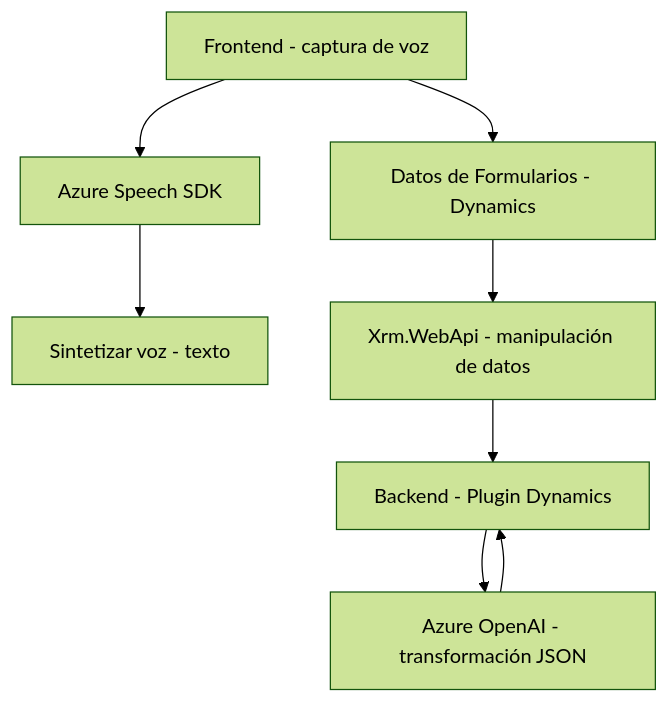
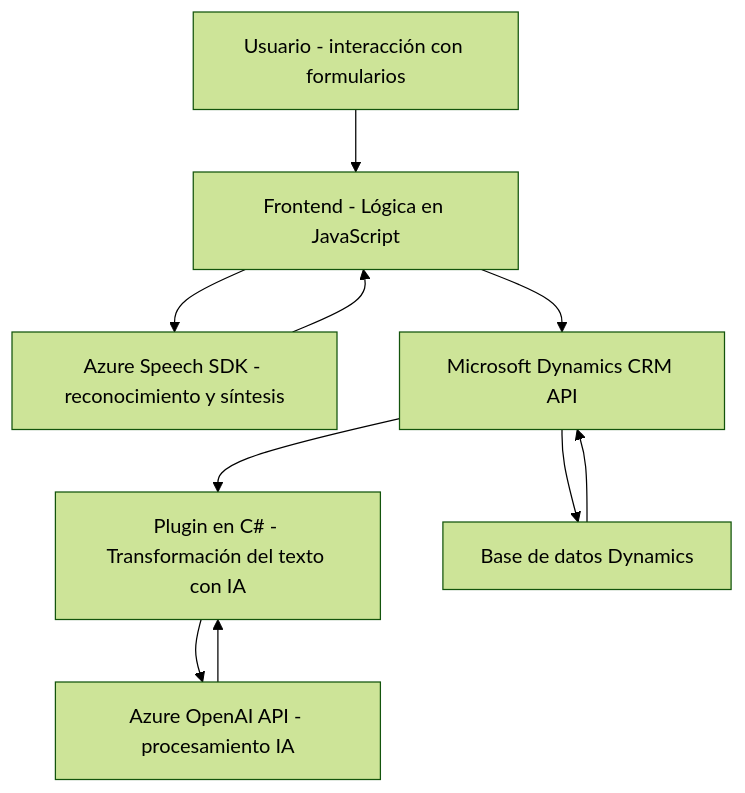
Before and after one commit to blopezdm/NETCORE_BILBAO2025: the diagram in README.md, drawn with Mermaid (forest theme). The commit also changed other lines of this file, not shown here.

Commit message:
Actualizar análisis global de la solución con IA

````diff
--- a/README.md
+++ b/README.md
@@ -40,10 +71,19 @@
 ```mermaid
 graph TD
-    A["Frontend - captura de voz"] --> B["Azure Speech SDK"]
-    A --> C["Datos de Formularios - Dynamics"]
-    B --> D["Sintetizar voz - texto"]
-    C --> E["Xrm.WebApi - manipulación de datos"]
-    E --> F["Backend - Plugin Dynamics"]
-    F --> G["Azure OpenAI - transformación JSON"]
-    G --> F
+    A["Frontend - Lógica en JavaScript"]
+    B["Azure Speech SDK - reconocimiento y síntesis"]
+    C["Microsoft Dynamics CRM API"]
+    D["Plugin en C# - Transformación del texto con IA"]
+    E["Azure OpenAI API - procesamiento IA"]
+    F["Usuario - interacción con formularios"]
+
+    F --> A
+    A --> B
+    A --> C
+    B --> A
+    C --> D
+    D --> E
+    E --> D
+    C --> backend["Base de datos Dynamics"]
+    backend --> C
 ```
````
